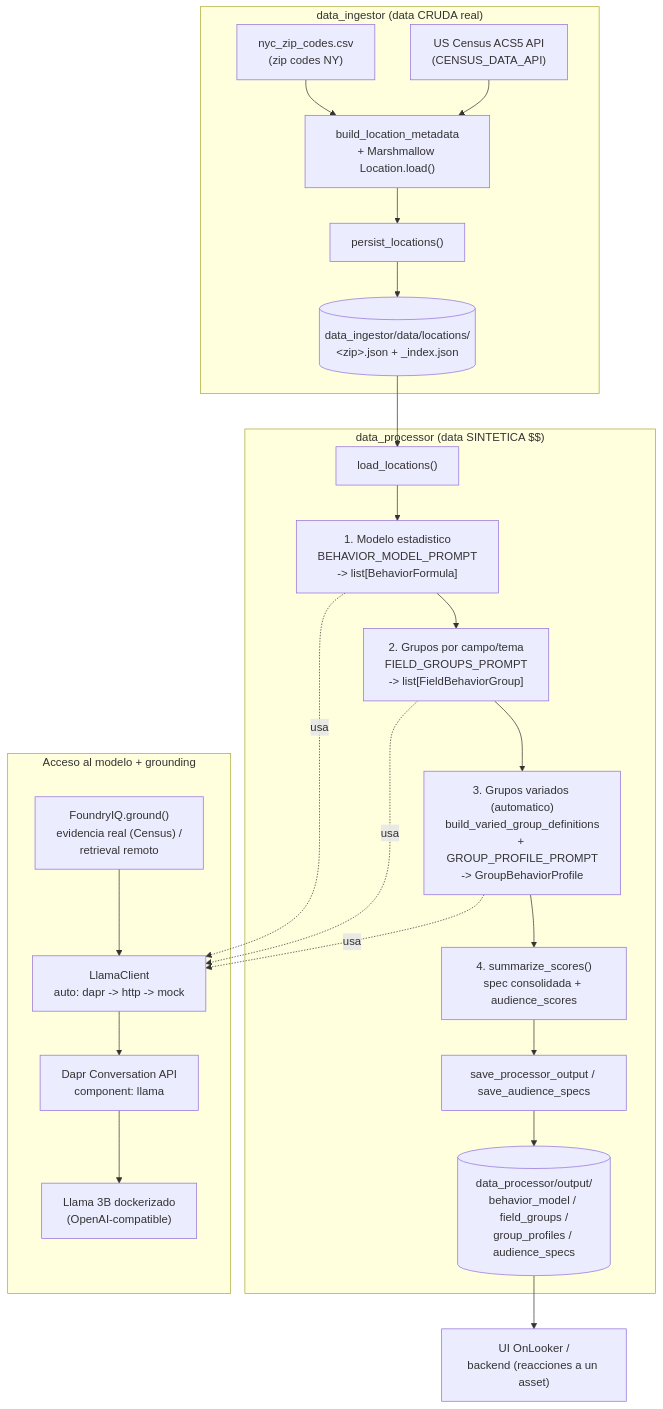
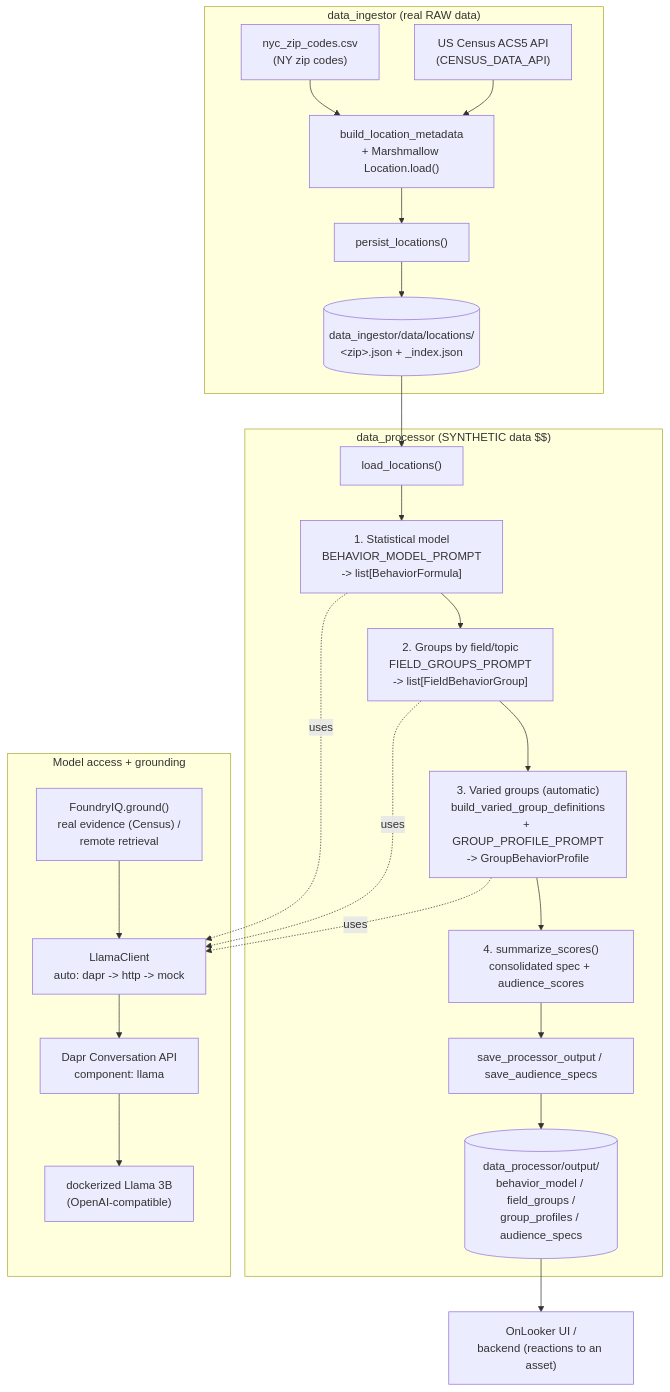
Before and after one commit to YuChan707/AGENTS-LEAGUE-HACKATHON-2026: the first of 3 diagrams in docs/workflow.md, drawn with Mermaid. The commit also changed other lines of this file and 41 other files, not shown here.

````diff
--- a/docs/workflow.md
+++ b/docs/workflow.md
@@ -9,39 +9,39 @@
 ```mermaid
 flowchart TD
-    subgraph INGEST["data_ingestor (data CRUDA real)"]
-        CSV["nyc_zip_codes.csv<br/>(zip codes NY)"]
+    subgraph INGEST["data_ingestor (real RAW data)"]
+        CSV["nyc_zip_codes.csv<br/>(NY zip codes)"]
         CENSUS["US Census ACS5 API<br/>(CENSUS_DATA_API)"]
         BUILD["build_location_metadata<br/>+ Marshmallow Location.load()"]
         PERSIST_LOC["persist_locations()"]
         LOCJSON[("data_ingestor/data/locations/<br/>&lt;zip&gt;.json + _index.json")]
         CSV --> BUILD
         CENSUS --> BUILD
         BUILD --> PERSIST_LOC --> LOCJSON
     end
 
-    subgraph PROC["data_processor (data SINTETICA $$)"]
+    subgraph PROC["data_processor (SYNTHETIC data $$)"]
         LOAD["load_locations()"]
-        P1["1. Modelo estadistico<br/>BEHAVIOR_MODEL_PROMPT<br/>-> list[BehaviorFormula]"]
-        P2["2. Grupos por campo/tema<br/>FIELD_GROUPS_PROMPT<br/>-> list[FieldBehaviorGroup]"]
-        P3["3. Grupos variados (automatico)<br/>build_varied_group_definitions<br/>+ GROUP_PROFILE_PROMPT<br/>-> GroupBehaviorProfile"]
-        P4["4. summarize_scores()<br/>spec consolidada + audience_scores"]
+        P1["1. Statistical model<br/>BEHAVIOR_MODEL_PROMPT<br/>-> list[BehaviorFormula]"]
+        P2["2. Groups by field/topic<br/>FIELD_GROUPS_PROMPT<br/>-> list[FieldBehaviorGroup]"]
+        P3["3. Varied groups (automatic)<br/>build_varied_group_definitions<br/>+ GROUP_PROFILE_PROMPT<br/>-> GroupBehaviorProfile"]
+        P4["4. summarize_scores()<br/>consolidated spec + audience_scores"]
         SAVE["save_processor_output / save_audience_specs"]
         OUTJSON[("data_processor/output/<br/>behavior_model / field_groups /<br/>group_profiles / audience_specs")]
         LOAD --> P1 --> P2 --> P3 --> P4 --> SAVE --> OUTJSON
     end
 
-    subgraph LLM["Acceso al modelo + grounding"]
-        FIQ["FoundryIQ.ground()<br/>evidencia real (Census) /<br/>retrieval remoto"]
+    subgraph LLM["Model access + grounding"]
+        FIQ["FoundryIQ.ground()<br/>real evidence (Census) /<br/>remote retrieval"]
         CLIENT["LlamaClient<br/>auto: dapr -> http -> mock"]
         DAPR["Dapr Conversation API<br/>component: llama"]
-        LLAMA["Llama 3B dockerizado<br/>(OpenAI-compatible)"]
+        LLAMA["dockerized Llama 3B<br/>(OpenAI-compatible)"]
         FIQ --> CLIENT
         CLIENT --> DAPR --> LLAMA
     end
 
     LOCJSON --> LOAD
-    P1 -.usa.-> CLIENT
-    P2 -.usa.-> CLIENT
-    P3 -.usa.-> CLIENT
-    OUTJSON --> UI["UI OnLooker /<br/>backend (reacciones a un asset)"]
+    P1 -.uses.-> CLIENT
+    P2 -.uses.-> CLIENT
+    P3 -.uses.-> CLIENT
+    OUTJSON --> UI["OnLooker UI /<br/>backend (reactions to an asset)"]
 ```
````
